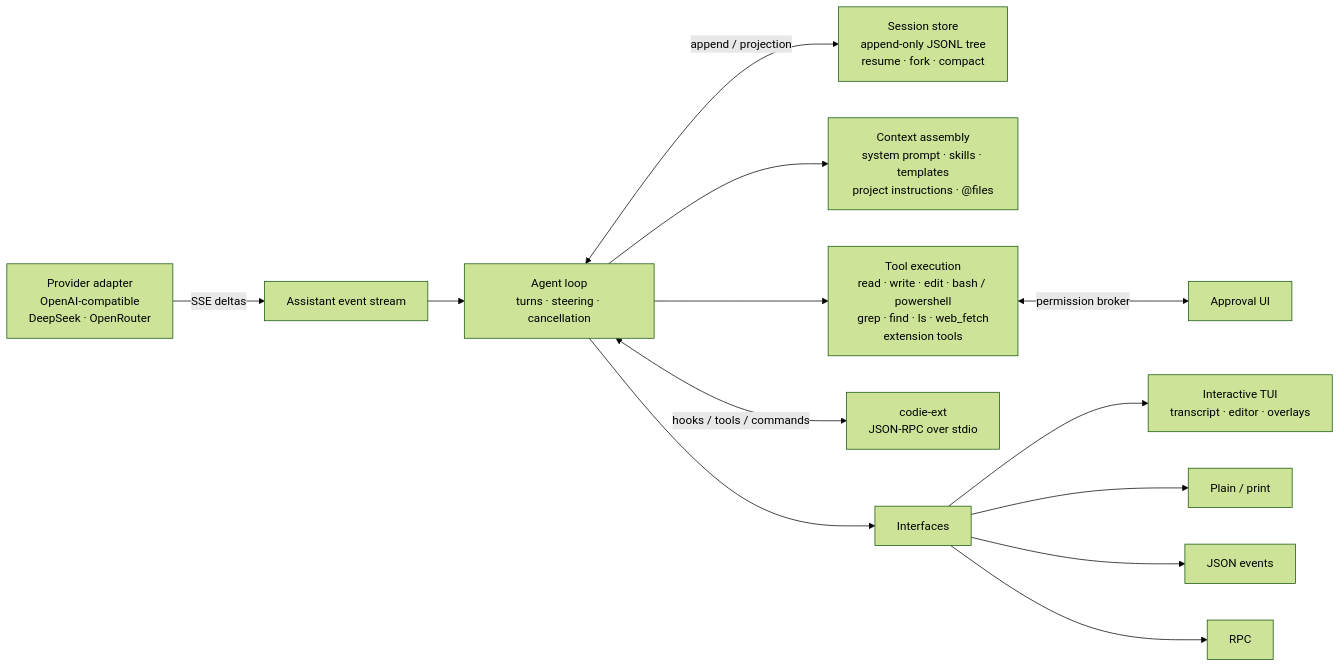
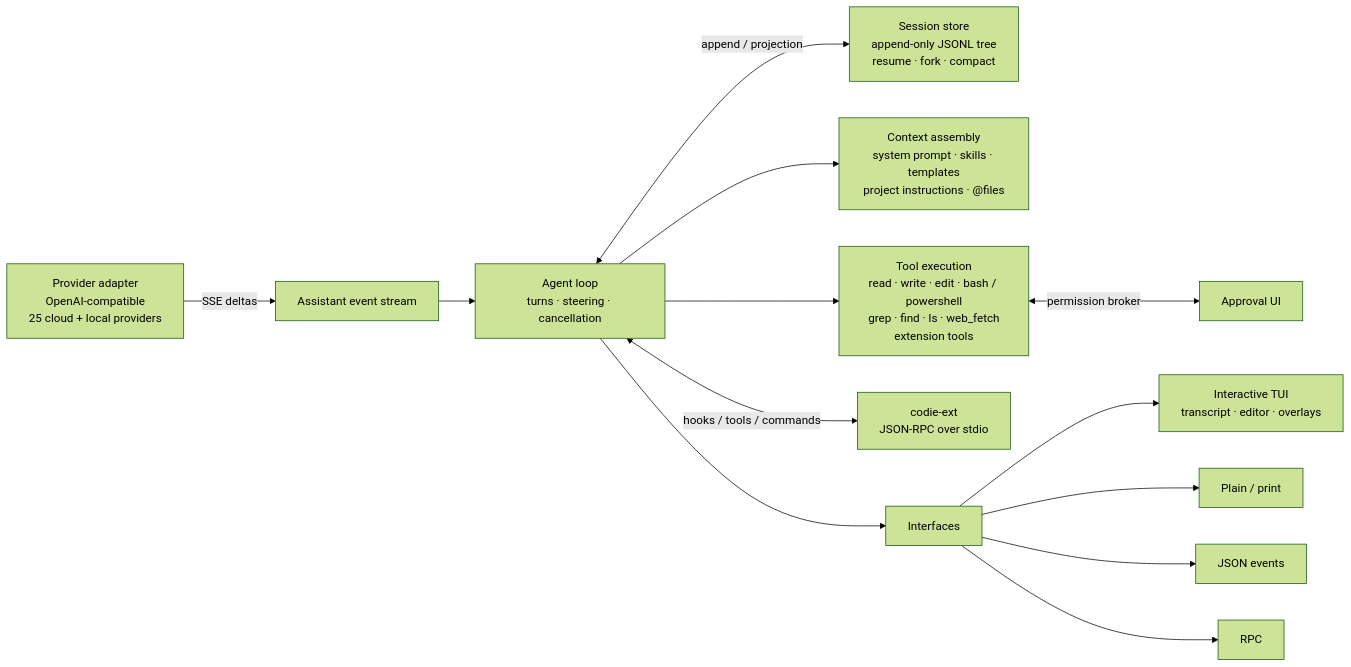
The first of 2 diagrams in README.md (amardeepio/codie), drawn with Mermaid (forest theme) before and after one commit. The commit also changed other lines of this file and 50 other files, not shown here.

First line of the commit message:
feat: add provider connect flow, registry, and live catalogs (#40)

````diff
--- a/README.md
+++ b/README.md
@@ -68,15 +58,15 @@
 ```mermaid
 flowchart LR
-    P["Provider adapter<br/>OpenAI-compatible<br/>DeepSeek · OpenRouter"] -->|"SSE deltas"| S["Assistant event stream"]
+    P["Provider adapter<br/>OpenAI-compatible<br/>25 cloud + local providers"] -->|"SSE deltas"| S["Assistant event stream"]
     S --> L["Agent loop<br/>turns · steering · cancellation"]
     L <-->|"append / projection"| DB["Session store<br/>append-only JSONL tree<br/>resume · fork · compact"]
     L --> PM["Context assembly<br/>system prompt · skills · templates<br/>project instructions · @files"]
     L --> T["Tool execution<br/>read · write · edit · bash / powershell<br/>grep · find · ls · web_fetch<br/>extension tools"]
     T <-->|"permission broker"| A["Approval UI"]
     L <-->|"hooks / tools / commands"| X["codie-ext<br/>JSON-RPC over stdio"]
     L --> M["Interfaces"]
     M --> I["Interactive TUI<br/>transcript · editor · overlays"]
     M --> PL["Plain / print"]
     M --> J["JSON events"]
     M --> R["RPC"]
 ```
````
